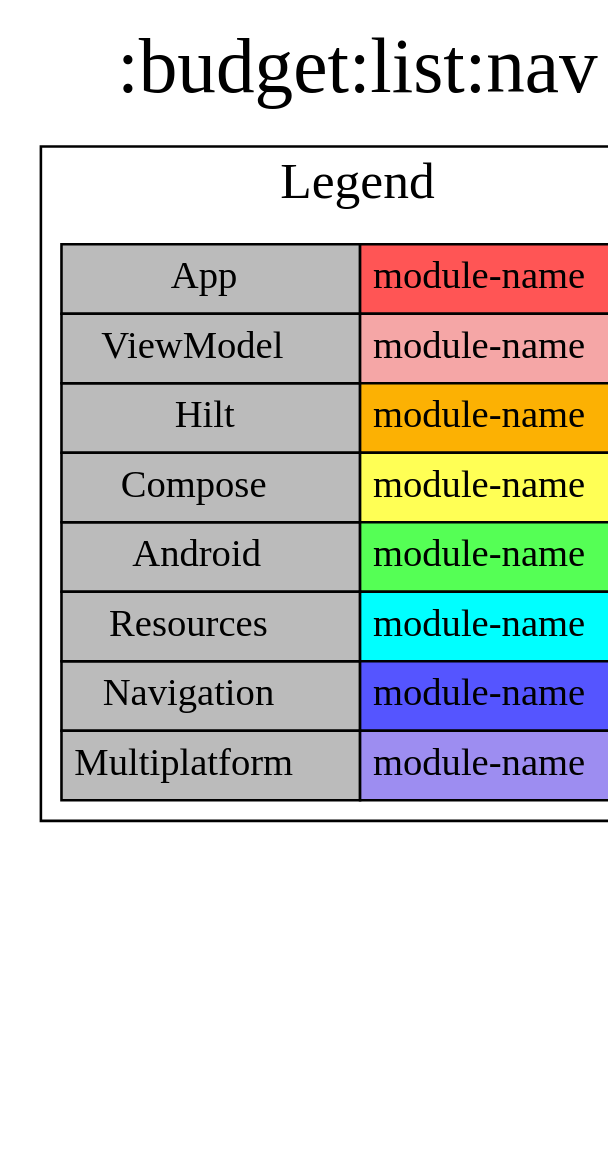
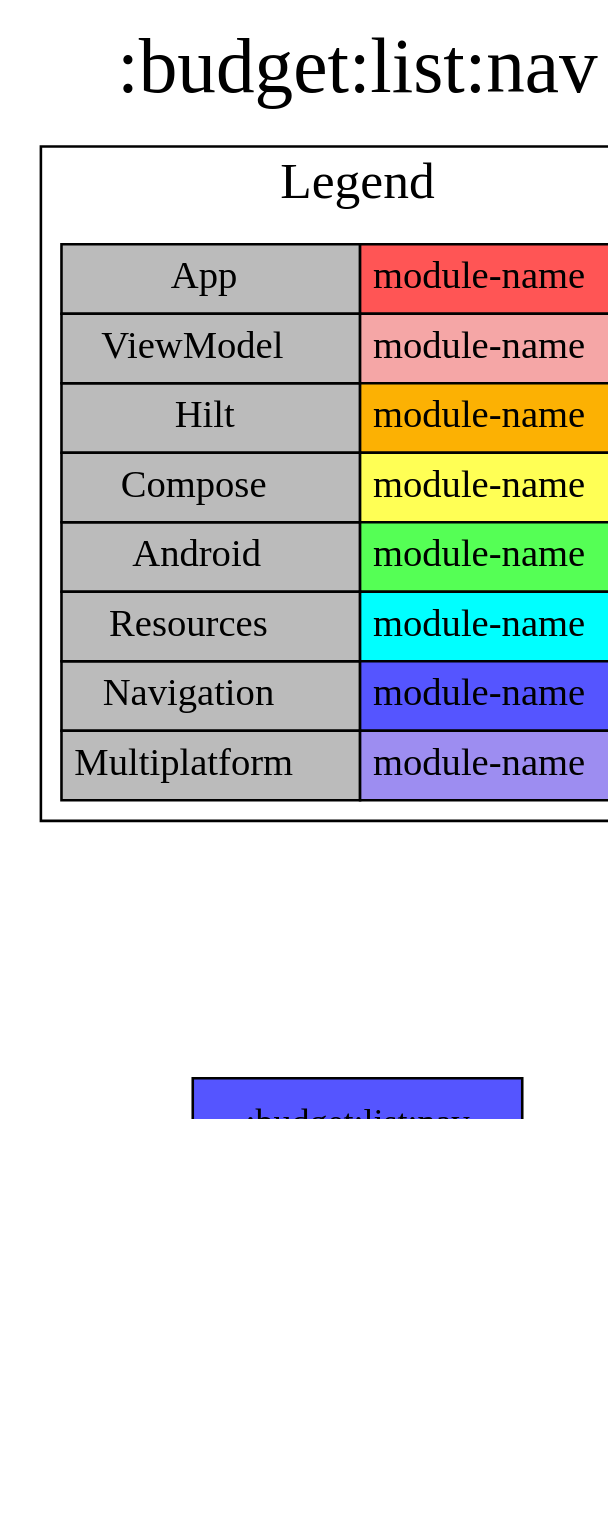
Before and after one commit to jonapoul/aktual: the diagram in modules/budget/list/nav/project-dependency-graph.dot, drawn with Graphviz. The commit also changed 36 other files, not shown here.

```diff
--- a/modules/budget/list/nav/project-dependency-graph.dot
+++ b/modules/budget/list/nav/project-dependency-graph.dot
@@ -1,26 +1,28 @@
 digraph {
 edge ["dir"="forward"]
 graph ["dpi"="100","label"=":budget:list:nav","labelloc"="t","fontsize"="30","ranksep"="1.5","rankdir"="TB"]
 node ["style"="filled"]
 ":budget:list:nav" ["fillcolor"="#5555FF","shape"="box"]
+":login:model" ["fillcolor"="#9D8DF1","shape"="box"]
 {
 edge ["dir"="none"]
 graph ["rank"="same"]
 }
+":budget:list:nav" -> ":login:model"
 subgraph "cluster_legend" {
 edge ["dir"="none"]
 graph ["label"="Legend","fontsize"="20"]
 "Legend" ["style"="filled","fillcolor"="#bbbbbb","shape"="none","margin"="0","fontsize"="15","label"=<
 <TABLE BORDER="0" CELLBORDER="1" CELLSPACING="0" CELLPADDING="4">
 <TR><TD>App</TD><TD BGCOLOR="#FF5555">module-name</TD></TR>
 <TR><TD>ViewModel</TD><TD BGCOLOR="#F5A6A6">module-name</TD></TR>
 <TR><TD>Hilt</TD><TD BGCOLOR="#FCB103">module-name</TD></TR>
 <TR><TD>Compose</TD><TD BGCOLOR="#FFFF55">module-name</TD></TR>
 <TR><TD>Android</TD><TD BGCOLOR="#55FF55">module-name</TD></TR>
 <TR><TD>Resources</TD><TD BGCOLOR="#00FFFF">module-name</TD></TR>
 <TR><TD>Navigation</TD><TD BGCOLOR="#5555FF">module-name</TD></TR>
 <TR><TD>Multiplatform</TD><TD BGCOLOR="#9D8DF1">module-name</TD></TR>
 </TABLE>
 >]
 } -> ":budget:list:nav" ["style"="invis"]
 }
```
